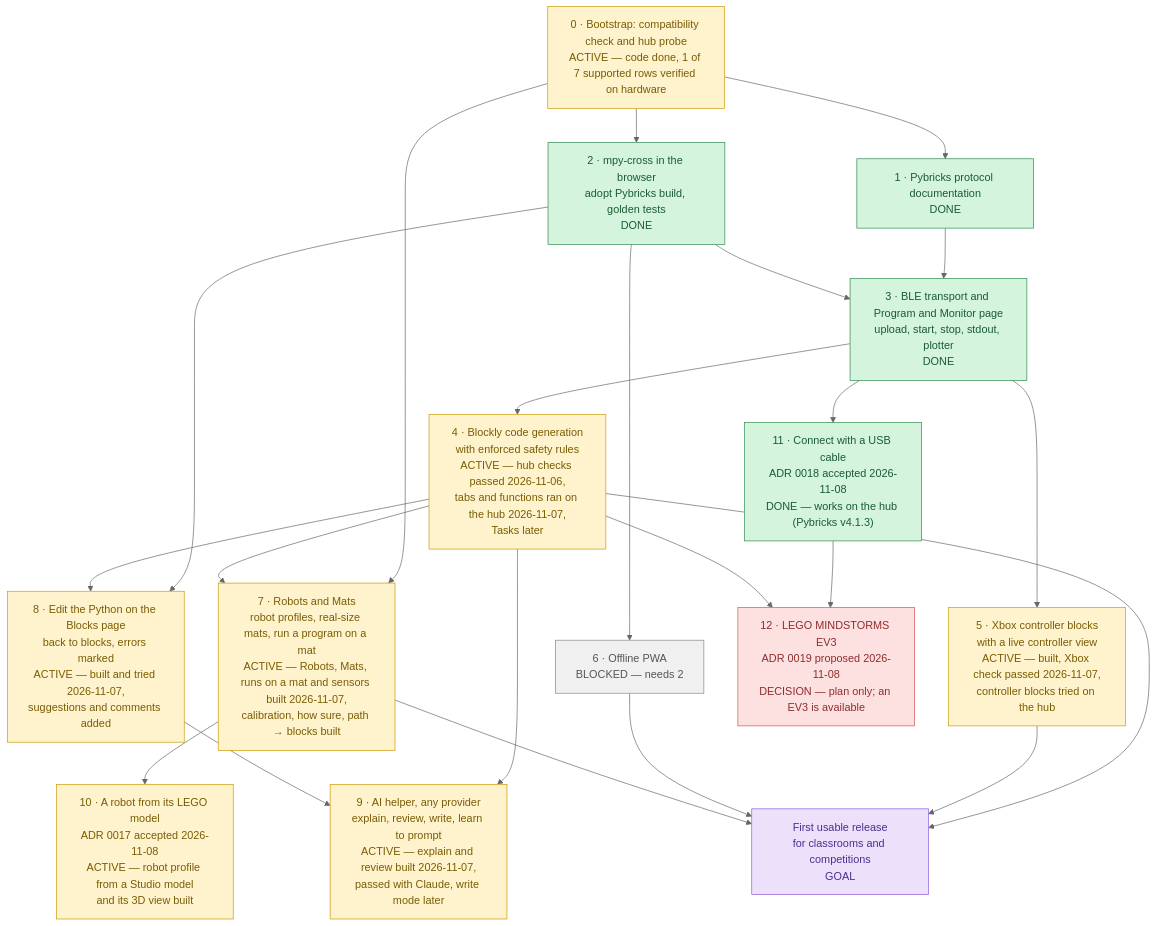
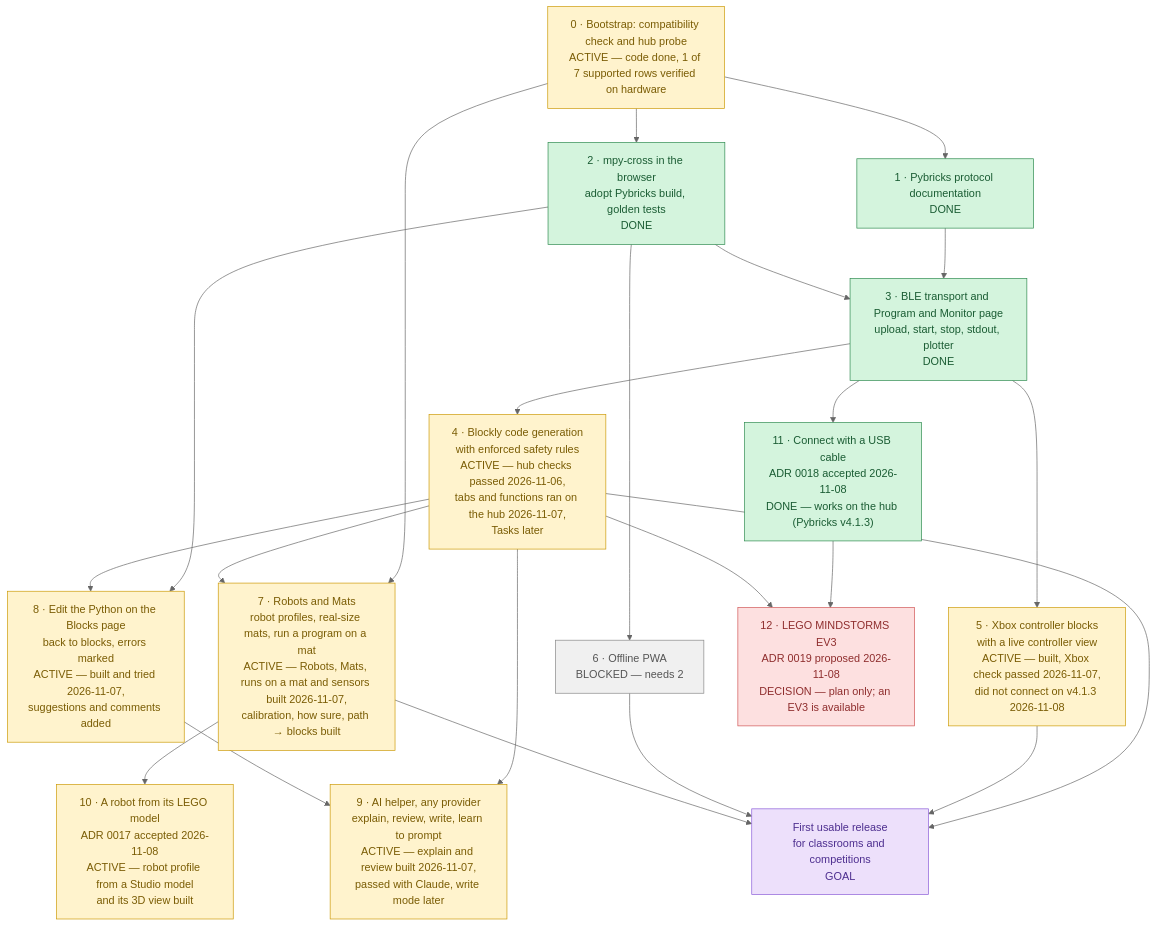
One commit to lumduan/matpilot changed the diagram in docs/roadmap.md. Above: the diagram before and after it, drawn with Mermaid (neutral theme). The commit also changed other lines of this file and 8 other files, not shown here.

First line of the commit message:
feat(controller): the hub shows the search: blinking blue, green and beeps

````diff
--- a/docs/roadmap.md
+++ b/docs/roadmap.md
@@ -10,57 +10,57 @@
 ```mermaid
 flowchart TD
     M0["0 · Bootstrap: compatibility check and hub probe<br/>ACTIVE — code done, 1 of 7 supported rows verified on hardware"]
     M1["1 · Pybricks protocol documentation<br/>DONE"]
     M2["2 · mpy-cross in the browser<br/>adopt Pybricks build, golden tests<br/>DONE"]
     M3["3 · BLE transport and Program and Monitor page<br/>upload, start, stop, stdout, plotter<br/>DONE"]
     M4["4 · Blockly code generation<br/>with enforced safety rules<br/>ACTIVE — hub checks passed 2026-11-06,<br/>tabs and functions ran on the hub 2026-11-07,<br/>Tasks later"]
-    M5["5 · Xbox controller blocks<br/>with a live controller view<br/>ACTIVE — built, Xbox check passed 2026-11-07,<br/>controller blocks tried on the hub"]
+    M5["5 · Xbox controller blocks<br/>with a live controller view<br/>ACTIVE — built, Xbox check passed 2026-11-07,<br/>did not connect on v4.1.3 2026-11-08"]
     M6["6 · Offline PWA<br/>BLOCKED — needs 2"]
     M7["7 · Robots and Mats<br/>robot profiles, real-size mats, run a program on a mat<br/>ACTIVE — Robots, Mats, runs on a mat and sensors built 2026-11-07,<br/>calibration, how sure, path → blocks built"]
     M10["10 · A robot from its LEGO model<br/>ADR 0017 accepted 2026-11-08<br/>ACTIVE — robot profile from a Studio model<br/>and its 3D view built"]
     M8["8 · Edit the Python on the Blocks page<br/>back to blocks, errors marked<br/>ACTIVE — built and tried 2026-11-07,<br/>suggestions and comments added"]
     M9["9 · AI helper, any provider<br/>explain, review, write, learn to prompt<br/>ACTIVE — explain and review built 2026-11-07,<br/>passed with Claude, write mode later"]
     M11["11 · Connect with a USB cable<br/>ADR 0018 accepted 2026-11-08<br/>DONE — works on the hub (Pybricks v4.1.3)"]
     M12["12 · LEGO MINDSTORMS EV3<br/>ADR 0019 proposed 2026-11-08<br/>DECISION — plan only; an EV3 is available"]
     GOAL["First usable release<br/>for classrooms and competitions<br/>GOAL"]
 
     M0 --> M1
     M0 --> M2
     M0 --> M7
     M4 --> M7
     M7 --> M10
     M1 --> M3
     M2 --> M3
     M3 --> M4
     M3 --> M5
     M2 --> M6
     M4 --> GOAL
     M5 --> GOAL
     M6 --> GOAL
     M7 --> GOAL
     M2 --> M8
     M4 --> M8
     M4 --> M9
     M8 --> M9
     M3 --> M11
     M11 --> M12
     M4 --> M12
 
     classDef done     fill:#d4f4dd,stroke:#2d8a4e,color:#1a5c33
     classDef active   fill:#fff3cd,stroke:#cc9a06,color:#7a5c04
     classDef ready    fill:#d6e9ff,stroke:#3b7dd8,color:#1e4d8f
     classDef blocked  fill:#f0f0f0,stroke:#888,color:#555
     classDef goal     fill:#ede0fb,stroke:#8a5cd8,color:#4d2e8f
     classDef decision fill:#fde0e0,stroke:#d05555,color:#8f2e2e
 
     class M0,M4,M5 active
     class M1,M2,M3 done
     class M7 active
     class M6 blocked
     class M10 active
     class GOAL goal
     class M8 active
     class M9 active
     class M11 done
     class M12 decision
 ```
````
